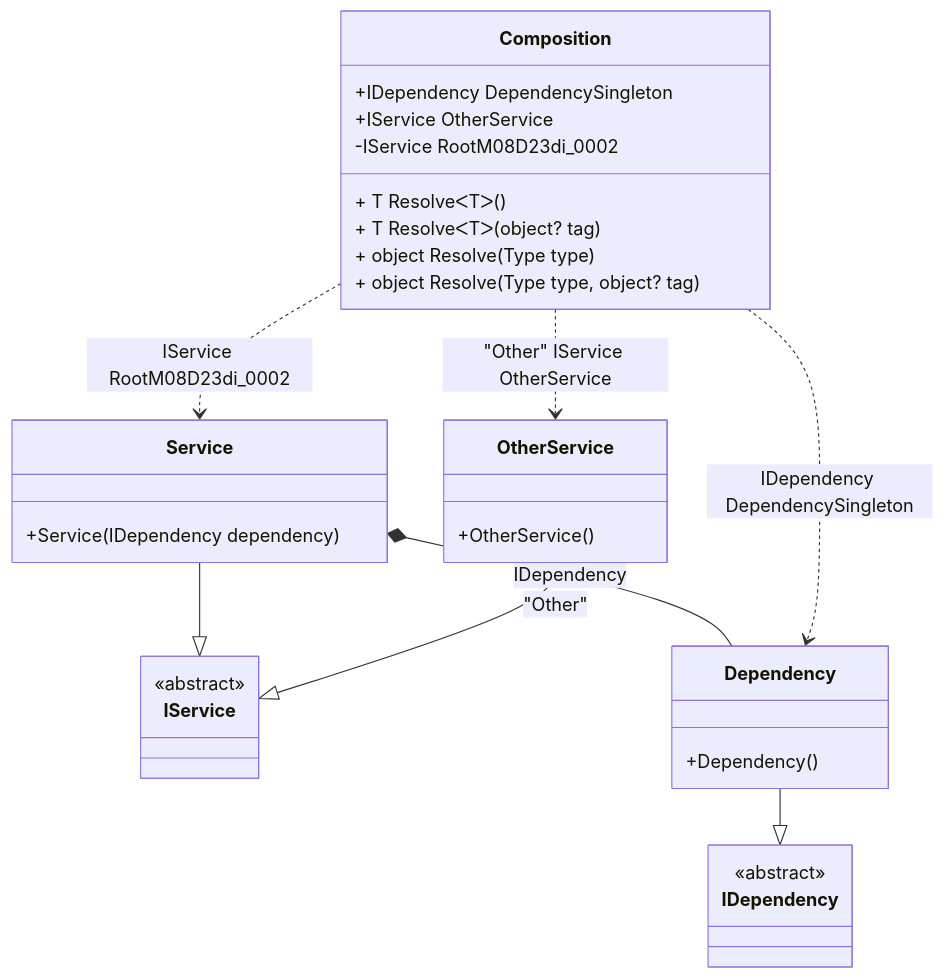
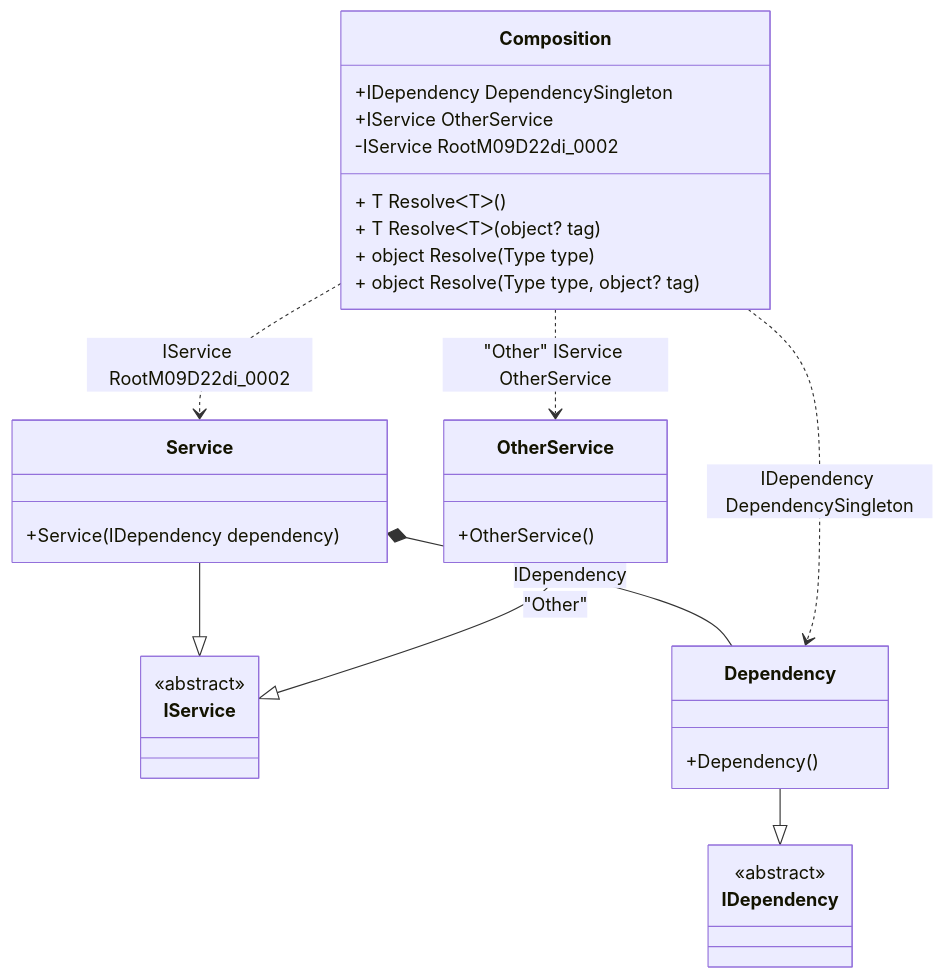
The diagram in readme/resolve-methods.md (DevTeam/Pure.DI), drawn with Mermaid before and after one commit. The commit also changed other lines of this file and 57 other files, not shown here.

````diff
--- a/readme/resolve-methods.md
+++ b/readme/resolve-methods.md
@@ -47,34 +47,34 @@
 ```mermaid
 classDiagram
   class Composition {
     +IDependency DependencySingleton
     +IService OtherService
-    -IService RootM08D23di_0002
+    -IService RootM09D22di_0002
     + T ResolveᐸTᐳ()
     + T ResolveᐸTᐳ(object? tag)
     + object Resolve(Type type)
     + object Resolve(Type type, object? tag)
   }
   Service --|> IService : 
   class Service {
     +Service(IDependency dependency)
   }
   Dependency --|> IDependency : 
   class Dependency {
     +Dependency()
   }
   OtherService --|> IService : "Other" 
   class OtherService {
     +OtherService()
   }
   class IService {
     <<abstract>>
   }
   class IDependency {
     <<abstract>>
   }
   Service *--  Dependency : IDependency
   Composition ..> Dependency : IDependency DependencySingleton
-  Composition ..> Service : IService RootM08D23di_0002
+  Composition ..> Service : IService RootM09D22di_0002
   Composition ..> OtherService : "Other" IService OtherService
 ```
````
